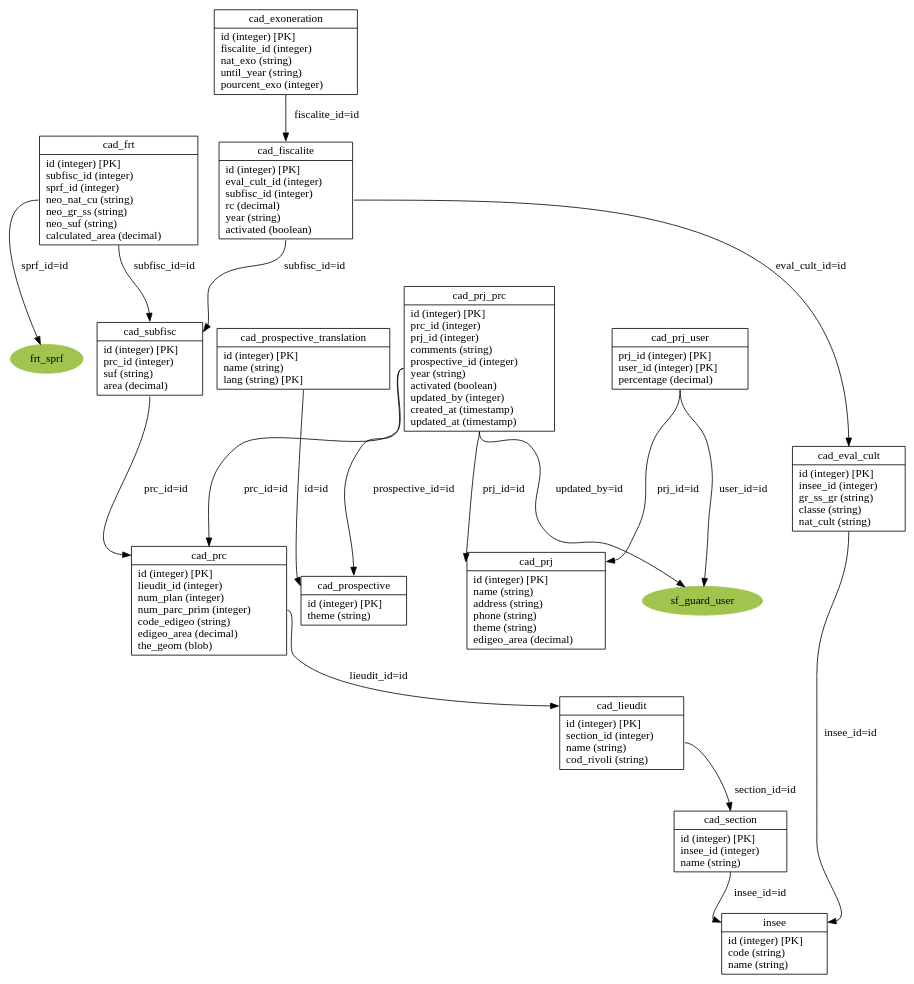
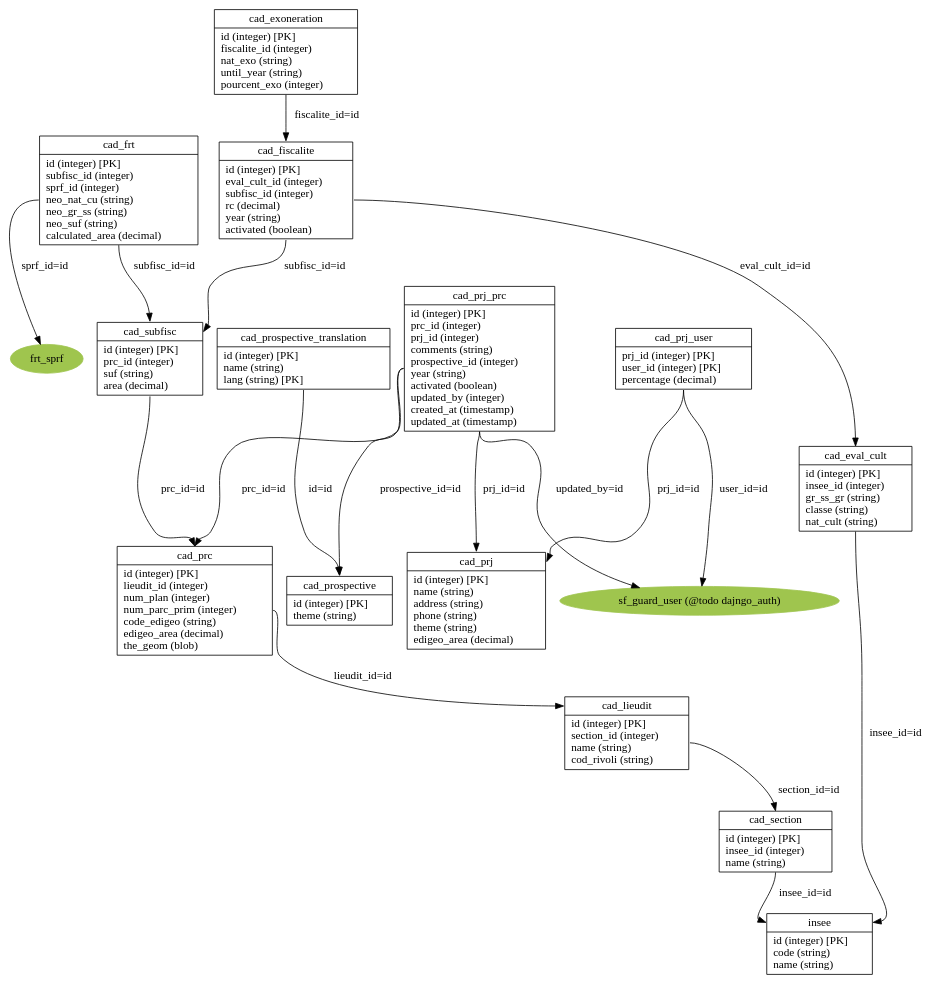
The diagram in cad/static/mld.cad.schema.dot (sdemagny/django-cad), drawn with Graphviz before and after one commit. The commit also changed 12 other files, not shown here.

```diff
--- a/cad/static/mld.cad.schema.dot
+++ b/cad/static/mld.cad.schema.dot
@@ -1,98 +1,98 @@
-digraph G {
+digraph cad {
     // Tables
 	nodecad_prj_prc [
 		label="{<table>cad_prj_prc|<cols>id (integer) [PK]\lprc_id (integer)\lprj_id (integer)\lcomments (string)\lprospective_id (integer)\lyear (string)\lactivated (boolean)\lupdated_by (integer)\lcreated_at (timestamp)\lupdated_at (timestamp)\l}",
 		shape=record ];
 	nodecad_prospective [
 		label="{<table>cad_prospective|<cols>id (integer) [PK]\ltheme (string)\l}",
 		shape=record ];
 	nodecad_prc [
 		label="{<table>cad_prc|<cols>id (integer) [PK]\llieudit_id (integer)\lnum_plan (integer)\lnum_parc_prim (integer)\lcode_edigeo (string)\ledigeo_area (decimal)\lthe_geom (blob)\l}",
 		shape=record ];
 	nodecad_fiscalite [
 		label="{<table>cad_fiscalite|<cols>id (integer) [PK]\leval_cult_id (integer)\lsubfisc_id (integer)\lrc (decimal)\lyear (string)\lactivated (boolean)\l}",
 		shape=record ];
 	nodecad_subfisc [
 		label="{<table>cad_subfisc|<cols>id (integer) [PK]\lprc_id (integer)\lsuf (string)\larea (decimal)\l}",
 		shape=record ];
 	nodecad_eval_cult [
 		label="{<table>cad_eval_cult|<cols>id (integer) [PK]\linsee_id (integer)\lgr_ss_gr (string)\lclasse (string)\lnat_cult (string)\l}",
 		shape=record ];
 	nodecad_section [
 		label="{<table>cad_section|<cols>id (integer) [PK]\linsee_id (integer)\lname (string)\l}",
 		shape=record ];
 	nodecad_prj [
 		label="{<table>cad_prj|<cols>id (integer) [PK]\lname (string)\laddress (string)\lphone (string)\ltheme (string)\ledigeo_area (decimal)\l}",
 		shape=record ];
 	nodecad_lieudit [
 		label="{<table>cad_lieudit|<cols>id (integer) [PK]\lsection_id (integer)\lname (string)\lcod_rivoli (string)\l}",
 		shape=record ];
 	nodecad_prj_user [
 		label="{<table>cad_prj_user|<cols>prj_id (integer) [PK]\luser_id (integer) [PK]\lpercentage (decimal)\l}",
 		shape=record ];
 	nodeinsee [
 		label="{<table>insee|<cols>id (integer) [PK]\lcode (string)\lname (string)\l}",
 		shape=record ];
 	nodecad_exoneration [
 		label="{<table>cad_exoneration|<cols>id (integer) [PK]\lfiscalite_id (integer)\lnat_exo (string)\luntil_year (string)\lpourcent_exo (integer)\l}",
 		shape=record ];
 	nodecad_prospective_translation [
 		label="{<table>cad_prospective_translation|<cols>id (integer) [PK]\lname (string)\llang (string) [PK]\l}",
 		shape=record ];
 	nodecad_frt [
 		label="{<table>cad_frt|<cols>id (integer) [PK]\lsubfisc_id (integer)\lsprf_id (integer)\lneo_nat_cu (string)\lneo_gr_ss (string)\lneo_suf (string)\lcalculated_area (decimal)\l}",
 		shape=record];
 
 	//nodevg_owners [
 		//label="{<table>vg_owners|<cols>gid (integer) [PK]\ltheme (string)\lname (string)\lactivated (boolean)\lupdated_by (integer)\lthe_geom (blob)\l}",
 		//shape=record, color="#FBCA54" ];
 	//nodevg_prospective [
 		//label="{<table>vg_prospective|<cols>gid (integer) [PK]\ltheme (string)\lname (string)\lupdated_by (integer)\lthe_geom (blob)\l}",
 		//shape=record, color="#FBCA54" ];
 
     // Dependencies
     nodesf_guard_user [
-        label="sf_guard_user",
+        label="sf_guard_user (@todo dajngo_auth)",
         shape=ellipse, style="filled", color="#9FC54E" ];
     nodefrt_sprf [
         label="frt_sprf",
         shape=ellipse, style="filled", color="#9FC54E" ];
 
     // Relations
 	nodecad_prj_prc:cols -> nodecad_prc:table [
 		label="prc_id=id"];
 	nodecad_prj_prc:cols -> nodecad_prj:table [
 		label="prj_id=id"];
 	nodecad_prj_prc:cols -> nodecad_prospective:table [
 		label="prospective_id=id"];
 	nodecad_prc:cols -> nodecad_lieudit:table [
 		label="lieudit_id=id"];
 	nodecad_fiscalite:cols -> nodecad_eval_cult:table [
 		label="eval_cult_id=id"];
 	nodecad_fiscalite:cols -> nodecad_subfisc:table [
 		label="subfisc_id=id"];
 	nodecad_subfisc:cols -> nodecad_prc:table [
 		label="prc_id=id"];
 	nodecad_eval_cult:cols -> nodeinsee:table [
 		label="insee_id=id"];
 	nodecad_section:cols -> nodeinsee:table [
 		label="insee_id=id"];
 	nodecad_lieudit:cols -> nodecad_section:table [
 		label="section_id=id"];
 	nodecad_prj_user:cols -> nodecad_prj:table [
 		label="prj_id=id"];
 	nodecad_exoneration:cols -> nodecad_fiscalite:table [
 		label="fiscalite_id=id"];
 	nodecad_prospective_translation:cols -> nodecad_prospective:table [
 		label="id=id"];
 	nodecad_frt:cols -> nodecad_subfisc:table [
 		label="subfisc_id=id"];
 
     // Relations dependencies
 	nodecad_prj_prc:cols -> nodesf_guard_user [
 		label="updated_by=id"];
 	nodecad_prj_user:cols -> nodesf_guard_user [
 		label="user_id=id"];
 	nodecad_frt:cols -> nodefrt_sprf [
 		label="sprf_id=id"];
 }
```
